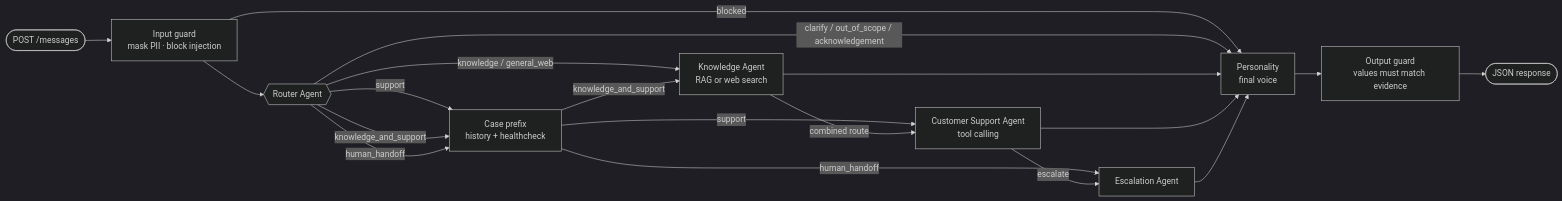
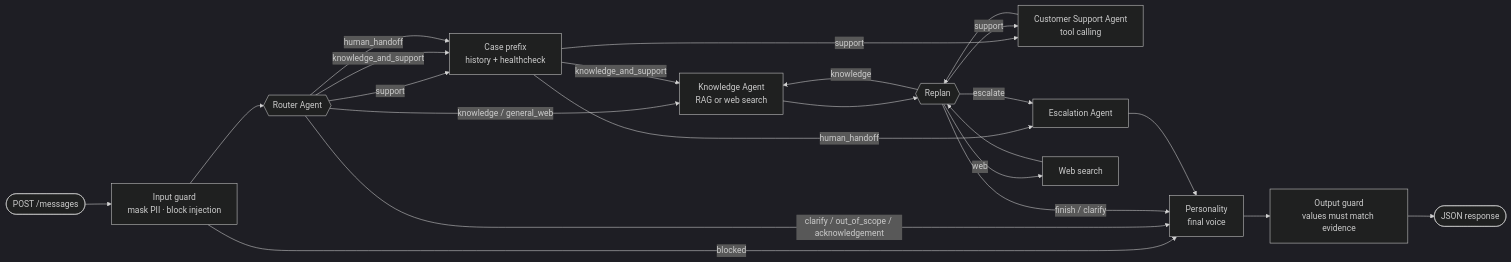
One commit to lauroPereira/ai-getnet-case changed the diagram in README.md. Above: the diagram before and after it, drawn with Mermaid (dark theme). The commit also changed other lines of this file and 13 other files, not shown here.

````diff
--- a/README.md
+++ b/README.md
@@ -144,20 +148,24 @@
 ```mermaid
 flowchart LR
     In([POST /messages]) --> G[Input guard<br/>mask PII · block injection]
     G -->|blocked| P
     G --> R{{Router Agent}}
     R -->|knowledge / general_web| K[Knowledge Agent<br/>RAG or web search]
     R -->|support| SP[Case prefix<br/>history + healthcheck]
     R -->|knowledge_and_support| SP
     R -->|human_handoff| SP
     R -->|clarify / out_of_scope / acknowledgement| P
     SP -->|support| S[Customer Support Agent<br/>tool calling]
     SP -->|knowledge_and_support| K
     SP -->|human_handoff| E[Escalation Agent]
-    K -->|combined route| S
-    K --> P
-    S -->|escalate| E
-    S --> P
+    K --> RP{{Replan}}
+    W[Web search] --> RP
+    S --> RP
+    RP -->|knowledge| K
+    RP -->|web| W
+    RP -->|support| S
+    RP -->|escalate| E
+    RP -->|finish / clarify| P
     E --> P[Personality<br/>final voice]
     P --> O[Output guard<br/>values must match evidence] --> Out([JSON response])
 ```
````
